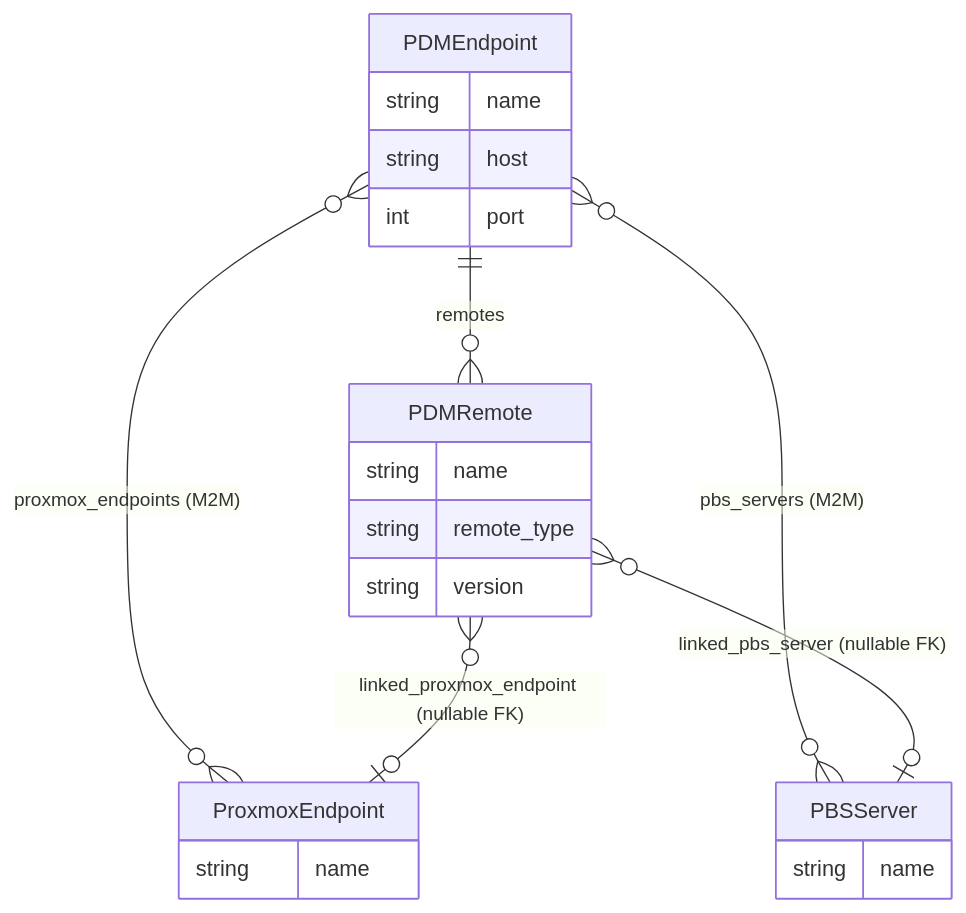
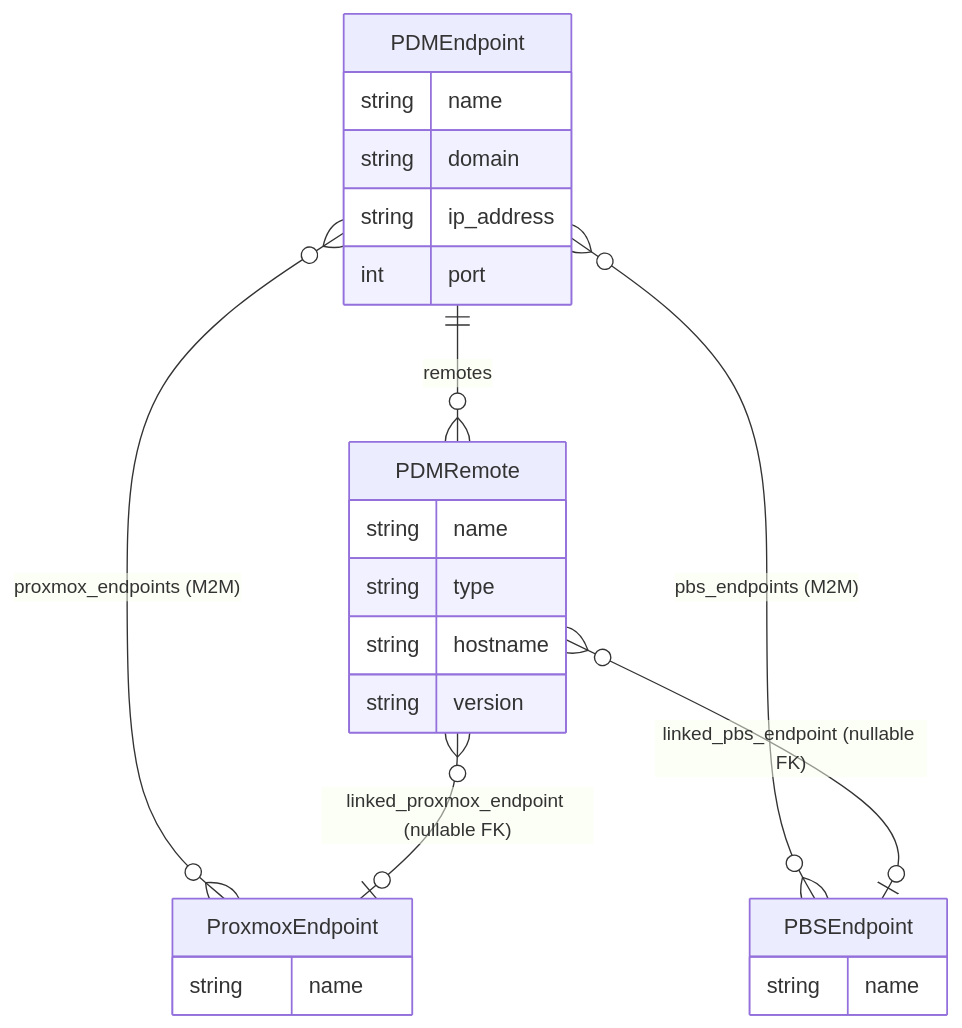
One commit to emersonfelipesp/netbox-proxbox changed the third of 3 diagrams in docs/companion-plugins/netbox-pdm.md. Above: the diagram before and after it, drawn with Mermaid. The commit also changed other lines of this file and 38 other files, not shown here.

````diff
--- a/docs/companion-plugins/netbox-pdm.md
+++ b/docs/companion-plugins/netbox-pdm.md
@@ -102,25 +104,27 @@
 ```mermaid
 erDiagram
     PDMEndpoint {
         string name
-        string host
+        string domain
+        string ip_address
         int port
     }
     PDMRemote {
         string name
-        string remote_type
+        string type
+        string hostname
         string version
     }
     ProxmoxEndpoint {
         string name
     }
-    PBSServer {
+    PBSEndpoint {
         string name
     }
 
     PDMEndpoint ||--o{ PDMRemote : "remotes"
     PDMEndpoint }o--o{ ProxmoxEndpoint : "proxmox_endpoints (M2M)"
-    PDMEndpoint }o--o{ PBSServer : "pbs_servers (M2M)"
+    PDMEndpoint }o--o{ PBSEndpoint : "pbs_endpoints (M2M)"
     PDMRemote }o--o| ProxmoxEndpoint : "linked_proxmox_endpoint (nullable FK)"
-    PDMRemote }o--o| PBSServer : "linked_pbs_server (nullable FK)"
+    PDMRemote }o--o| PBSEndpoint : "linked_pbs_endpoint (nullable FK)"
 ```
````
